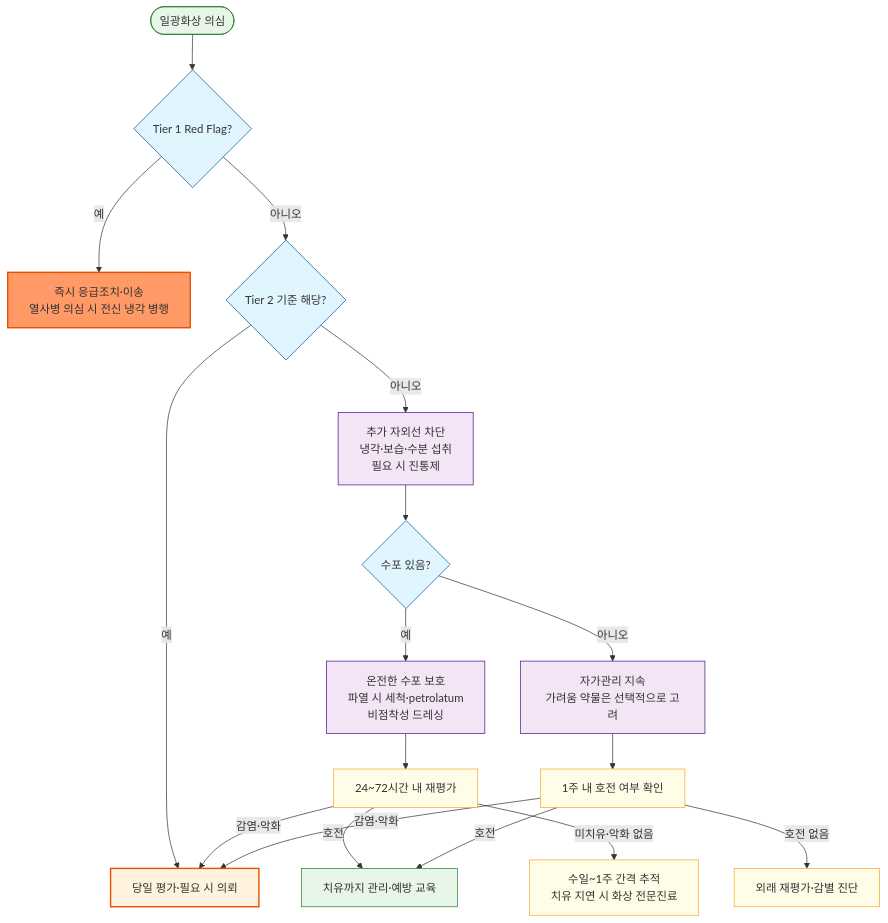
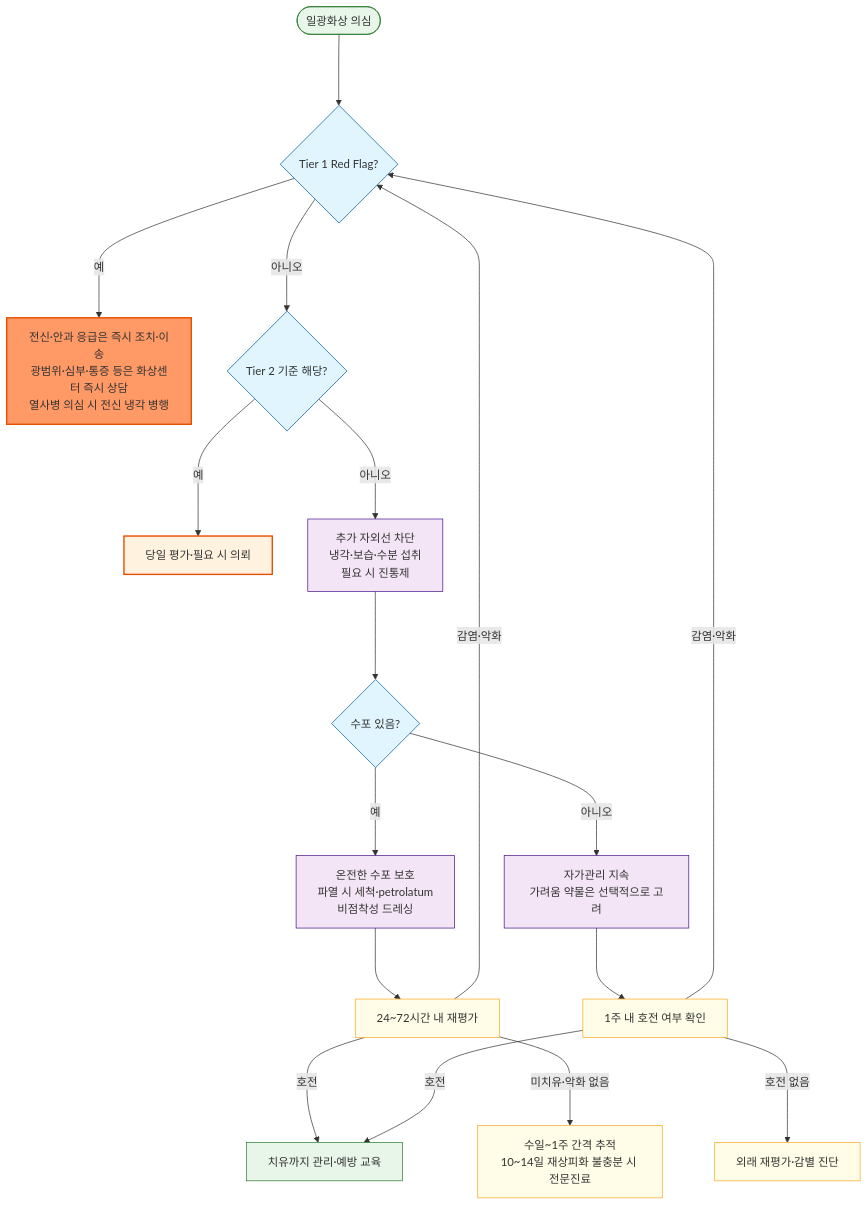
Before and after one commit to familyoh77/familyoh77: the diagram in 230_/207_-sunburn.md, drawn with Mermaid. The commit also changed other lines of this file and 11 other files, not shown here.

````diff
--- a/230_/207_-sunburn.md
+++ b/230_/207_-sunburn.md
@@ -89,33 +95,33 @@
 ```mermaid
 graph TD
-    A([일광화상 의심]) --> B{Tier 1 Red Flag?}
-    B -->|예| C[즉시 응급조치·이송<br>열사병 의심 시 전신 냉각 병행]
-    B -->|아니오| D{Tier 2 기준 해당?}
-    D -->|예| E[당일 평가·필요 시 의뢰]
-    D -->|아니오| F[추가 자외선 차단<br>냉각·보습·수분 섭취<br>필요 시 진통제]
-    F --> G{수포 있음?}
-    G -->|예| H[온전한 수포 보호<br>파열 시 세척·petrolatum<br>비점착성 드레싱]
-    G -->|아니오| I[자가관리 지속<br>가려움 약물은 선택적으로 고려]
-    H --> L[24~72시간 내 재평가]
-    I --> N[1주 내 호전 여부 확인]
-    L -->|호전| M[치유까지 관리·예방 교육]
-    L -->|감염·악화| E
-    L -->|미치유·악화 없음| P[수일~1주 간격 추적<br>치유 지연 시 화상 전문진료]
-    N -->|호전| M
-    N -->|호전 없음| O[외래 재평가·감별 진단]
-    N -->|감염·악화| E
+    A([일광화상 의심]) ---> B{Tier 1 Red Flag?}
+    B --->|예| C[전신·안과 응급은 즉시 조치·이송<br>광범위·심부·통증 등은 화상센터 즉시 상담<br>열사병 의심 시 전신 냉각 병행]
+    B --->|아니오| D{Tier 2 기준 해당?}
+    D --->|예| E[당일 평가·필요 시 의뢰]
+    D --->|아니오| F[추가 자외선 차단<br>냉각·보습·수분 섭취<br>필요 시 진통제]
+    F ---> G{수포 있음?}
+    G --->|예| H[온전한 수포 보호<br>파열 시 세척·petrolatum<br>비점착성 드레싱]
+    G --->|아니오| I[자가관리 지속<br>가려움 약물은 선택적으로 고려]
+    H ---> L[24~72시간 내 재평가]
+    I ---> N[1주 내 호전 여부 확인]
+    L --->|호전| M[치유까지 관리·예방 교육]
+    L --->|감염·악화| B
+    L --->|미치유·악화 없음| P[수일~1주 간격 추적<br>10~14일 재상피화 불충분 시 전문진료]
+    N --->|호전| M
+    N --->|호전 없음| O[외래 재평가·감별 진단]
+    N --->|감염·악화| B
     style A fill:#e8f5e9,stroke:#2e7d32,stroke-width:1px
     style B fill:#e1f5fe,stroke:#01579b,stroke-width:1px
     style C fill:#f96,stroke:#e65100,stroke-width:2px
     style D fill:#e1f5fe,stroke:#01579b,stroke-width:1px
     style E fill:#fff3e0,stroke:#e65100,stroke-width:2px
     style F fill:#f3e5f5,stroke:#4a148c,stroke-width:1px
     style G fill:#e1f5fe,stroke:#01579b,stroke-width:1px
     style H fill:#f3e5f5,stroke:#4a148c,stroke-width:1px
     style I fill:#f3e5f5,stroke:#4a148c,stroke-width:1px
     style L fill:#fffde7,stroke:#f9a825,stroke-width:1px
     style M fill:#e8f5e9,stroke:#2e7d32,stroke-width:1px
     style N fill:#fffde7,stroke:#f9a825,stroke-width:1px
     style O fill:#fffde7,stroke:#f9a825,stroke-width:1px
     style P fill:#fffde7,stroke:#f9a825,stroke-width:1px
 ```
````
